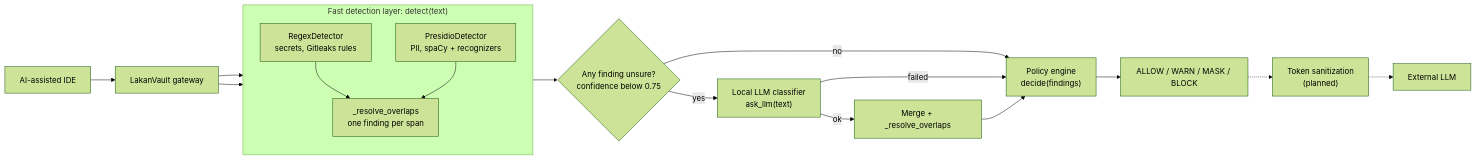
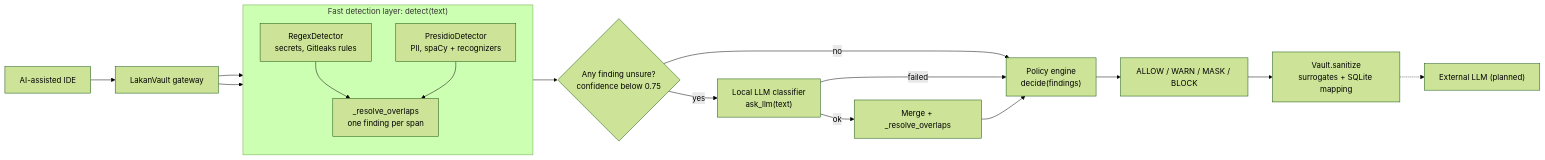
Before and after one commit to joanallysen/RePres: the first of 2 diagrams in readme.md, drawn with Mermaid (forest theme). The commit also changed other lines of this file and 5 other files, not shown here.

````diff
--- a/readme.md
+++ b/readme.md
@@ -27,26 +27,26 @@
 ```mermaid
 flowchart LR
     IDE["AI-assisted IDE"] --> GW["LakanVault gateway"]
 
     subgraph DET["Fast detection layer: detect(text)"]
         direction TB
         RX["RegexDetector<br/>secrets, Gitleaks rules"]
         PR["PresidioDetector<br/>PII, spaCy + recognizers"]
         MG1["_resolve_overlaps<br/>one finding per span"]
         RX --> MG1
         PR --> MG1
     end
 
     GW --> RX
     GW --> PR
     MG1 --> BAND{"Any finding unsure?<br/>confidence below 0.75"}
 
     BAND -- "no" --> POL
     BAND -- "yes" --> LLM["Local LLM classifier<br/>ask_llm(text)"]
     LLM -- "ok" --> MG2["Merge + _resolve_overlaps"]
     LLM -- "failed" --> POL
     MG2 --> POL["Policy engine<br/>decide(findings)"]
     POL --> OUT["ALLOW / WARN / MASK / BLOCK"]
-    OUT -.-> SAN["Token sanitization<br/>(planned)"]
-    SAN -.-> CLOUD["External LLM"]
+    OUT --> SAN["Vault.sanitize<br/>surrogates + SQLite mapping"]
+    SAN -.-> CLOUD["External LLM (planned)"]
 ```
````
